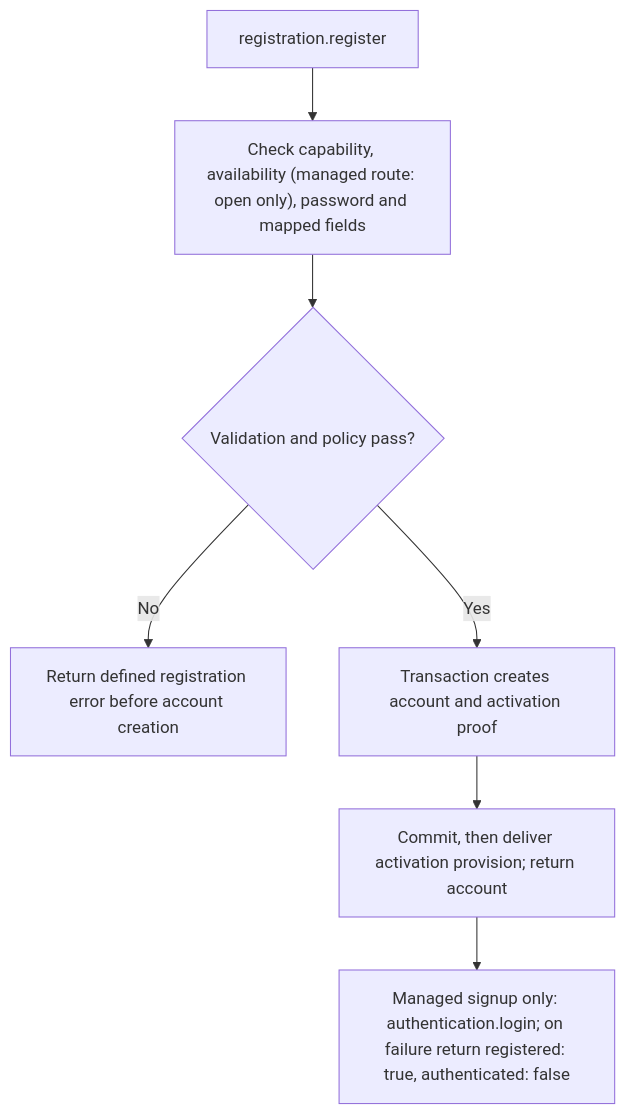
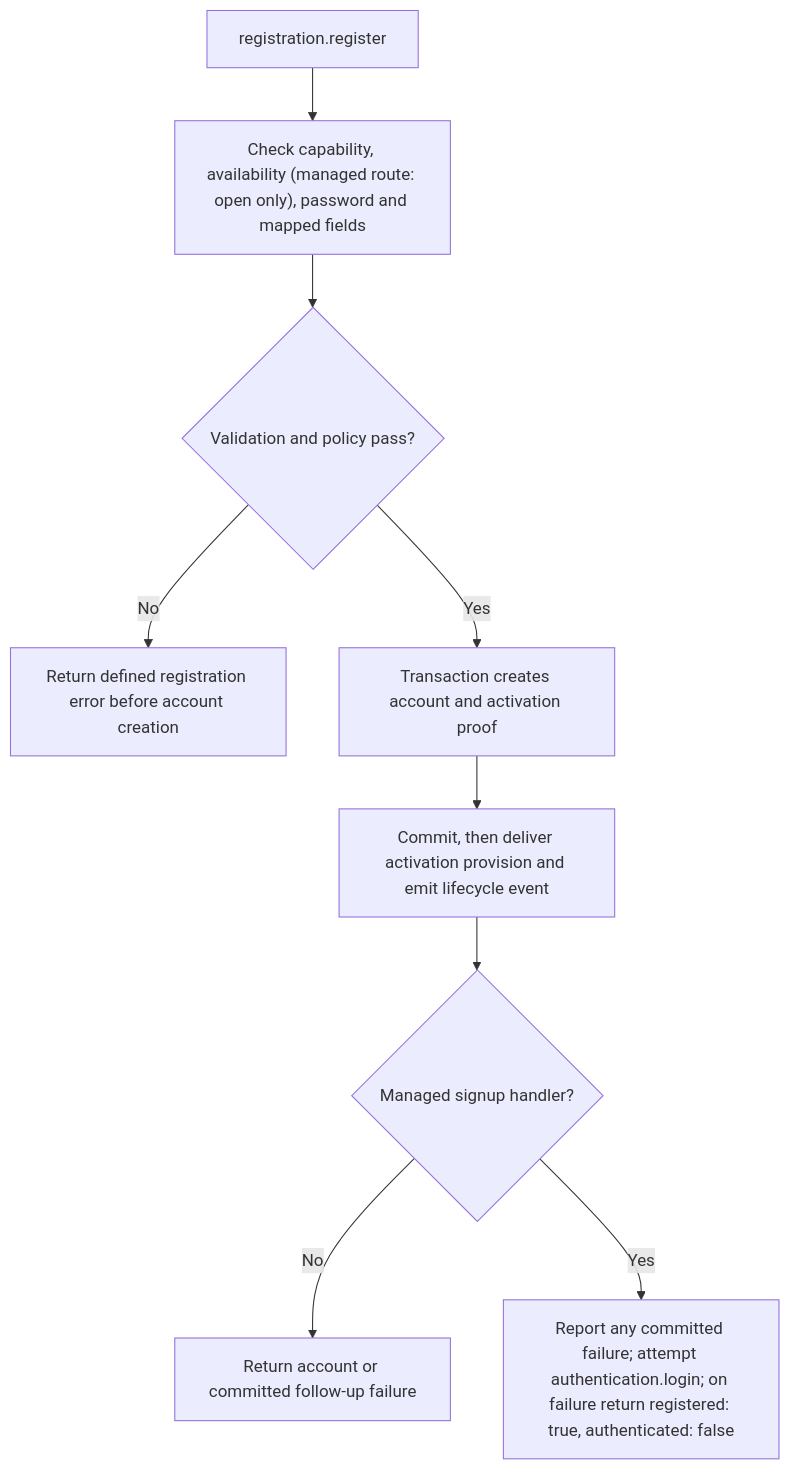
One commit to Kevinjohn/oss-adonisjs-account-kit changed the second of 2 diagrams in user-stories/US-ACCOUNT-02-create-and-verify-account.md. Above: the diagram before and after it, drawn with Mermaid. The commit also changed other lines of this file and 43 other files, not shown here.

````diff
--- a/user-stories/US-ACCOUNT-02-create-and-verify-account.md
+++ b/user-stories/US-ACCOUNT-02-create-and-verify-account.md
@@ -31,9 +31,11 @@
 ```mermaid
 flowchart TD
  A["registration.register"] --> B["Check capability, availability (managed route: open only), password and mapped fields"]
  B --> C{"Validation and policy pass?"}
  C -->|No| D["Return defined registration error before account creation"]
  C -->|Yes| E["Transaction creates account and activation proof"]
- E --> F["Commit, then deliver activation provision; return account"]
- F --> G["Managed signup only: authentication.login; on failure return registered: true, authenticated: false"]
+ E --> F["Commit, then deliver activation provision and emit lifecycle event"]
+ F --> J{"Managed signup handler?"}
+ J -->|No| K["Return account or committed follow-up failure"]
+ J -->|Yes| G["Report any committed failure; attempt authentication.login; on failure return registered: true, authenticated: false"]
 ```
````
